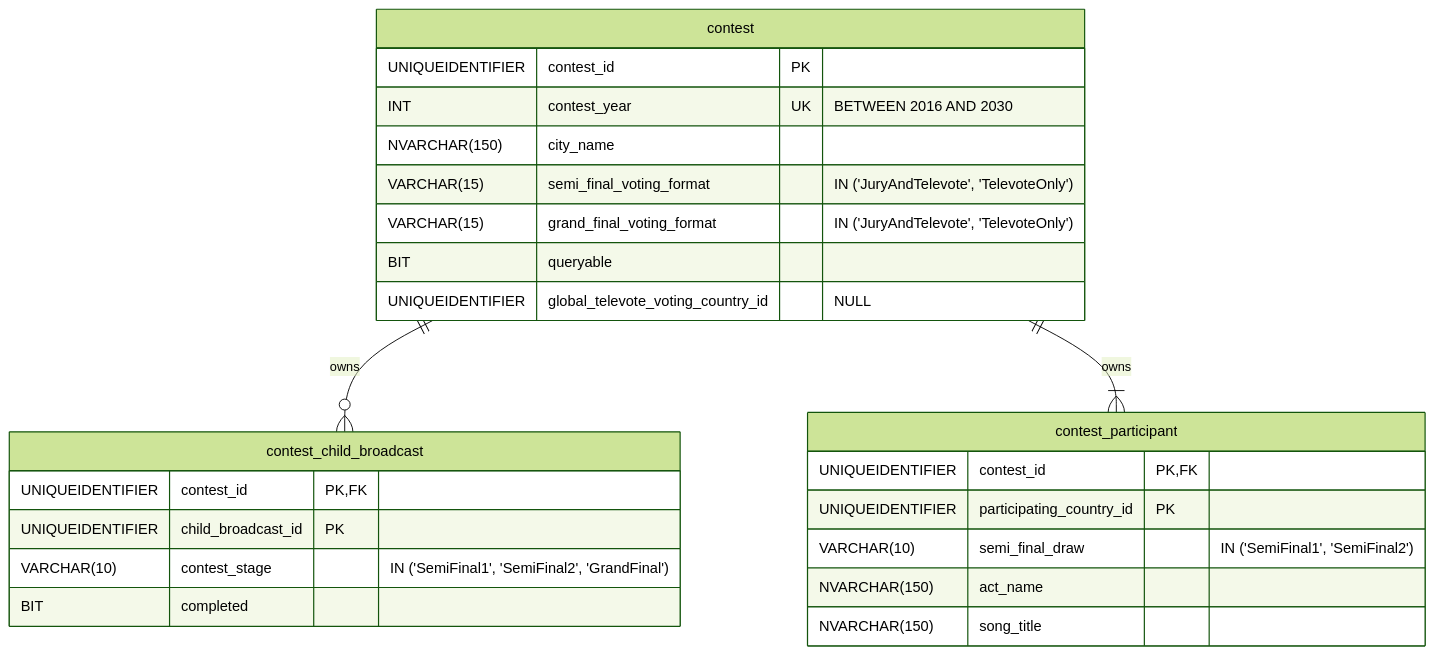
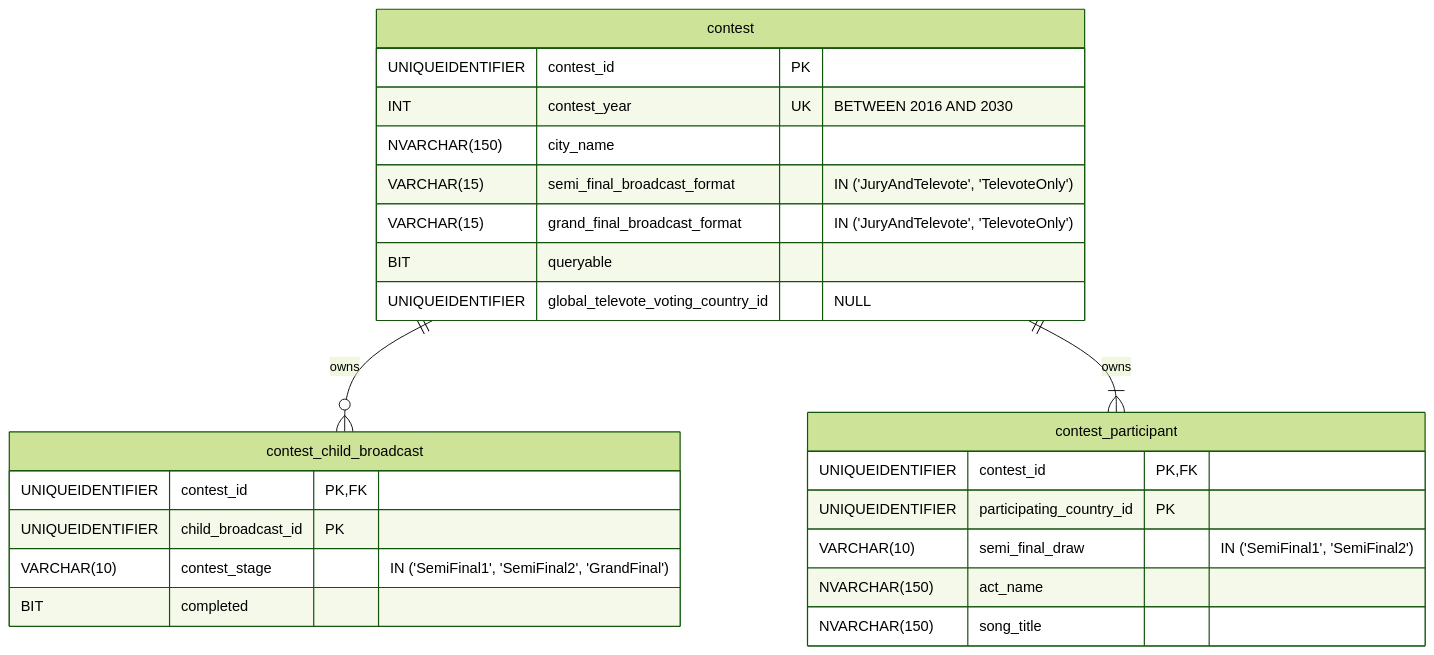
One commit to MattSortsThings/eurocentric changed the second of 4 diagrams in docs/launch_spec/08_database_schema.md. Above: the diagram before and after it, drawn with Mermaid (forest theme). The commit also changed other lines of this file and 10 other files, not shown here.

First line of the commit message:
docs: rename VotingFormat to BroadcastFormat

````diff
--- a/docs/launch_spec/08_database_schema.md
+++ b/docs/launch_spec/08_database_schema.md
@@ -76,32 +76,32 @@
 ```mermaid
 erDiagram
 
 contest {
   UNIQUEIDENTIFIER contest_id PK
   INT contest_year UK "BETWEEN 2016 AND 2030"
   NVARCHAR(150) city_name
-  VARCHAR(15) semi_final_voting_format "IN ('JuryAndTelevote', 'TelevoteOnly')"
-  VARCHAR(15) grand_final_voting_format "IN ('JuryAndTelevote', 'TelevoteOnly')"
+  VARCHAR(15) semi_final_broadcast_format "IN ('JuryAndTelevote', 'TelevoteOnly')"
+  VARCHAR(15) grand_final_broadcast_format "IN ('JuryAndTelevote', 'TelevoteOnly')"
   BIT queryable
   UNIQUEIDENTIFIER global_televote_voting_country_id "NULL"
 }
 
 contest_child_broadcast {
   UNIQUEIDENTIFIER contest_id PK,FK
   UNIQUEIDENTIFIER child_broadcast_id PK
   VARCHAR(10) contest_stage "IN ('SemiFinal1', 'SemiFinal2', 'GrandFinal')"
   BIT completed
 }
 
 contest_participant {
   UNIQUEIDENTIFIER contest_id PK,FK
   UNIQUEIDENTIFIER participating_country_id PK
   VARCHAR(10) semi_final_draw "IN ('SemiFinal1', 'SemiFinal2')"
   NVARCHAR(150) act_name
   NVARCHAR(150) song_title
 }
 
 contest ||--o{ contest_child_broadcast : owns
 contest ||--|{ contest_participant : owns
 
 ```
````
